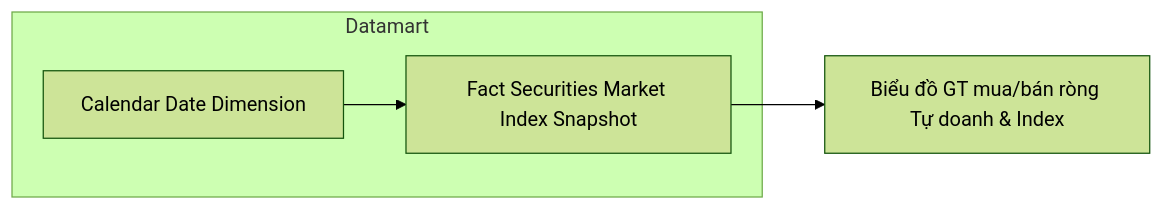
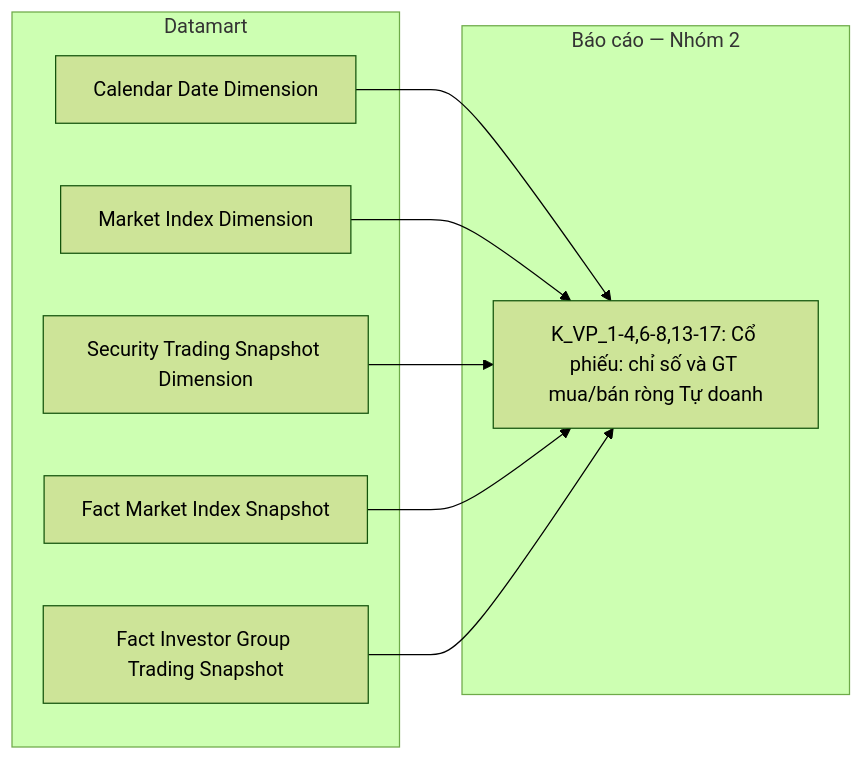
Before and after one commit to linhlvit/ubck_atomic_design: diagram 11 of 40 in Datamart/hld/DTM_VP_HLD.md, drawn with Mermaid (forest theme). The commit also changed other lines of this file and 25 other files, not shown here.

````diff
--- a/Datamart/hld/DTM_VP_HLD.md
+++ b/Datamart/hld/DTM_VP_HLD.md
@@ -348,9 +521,18 @@
 ```mermaid
 flowchart LR
     subgraph GOLD["Datamart"]
-        fct_scr_mkt_indx_snpst["Fact Securities Market Index Snapshot"]
-        cdr_dt_dim["Calendar Date Dimension"]
+        Calendar_Date_Dimension["Calendar Date Dimension"]
+        Market_Index_Dimension["Market Index Dimension"]
+        Security_Trading_Snapshot_Dimension["Security Trading Snapshot Dimension"]
+        Fact_Market_Index_Snapshot["Fact Market Index Snapshot"]
+        Fact_Investor_Group_Trading_Snapshot["Fact Investor Group Trading Snapshot"]
     end
-    cdr_dt_dim --> fct_scr_mkt_indx_snpst
-    fct_scr_mkt_indx_snpst --> RPT2["Biểu đồ GT mua/bán ròng Tự doanh & Index"]
+    subgraph RPT["Báo cáo — Nhóm 2"]
+        R1["K_VP_1-4,6-8,13-17: Cổ phiếu: chỉ số và GT mua/bán ròng Tự doanh"]
+    end
+    Calendar_Date_Dimension --> R1
+    Market_Index_Dimension --> R1
+    Security_Trading_Snapshot_Dimension --> R1
+    Fact_Market_Index_Snapshot --> R1
+    Fact_Investor_Group_Trading_Snapshot --> R1
 ```
````
